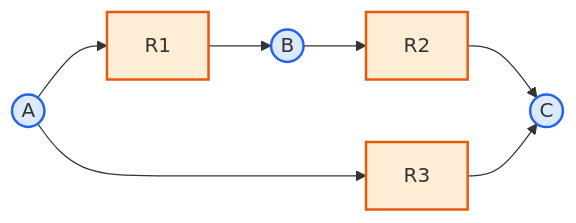
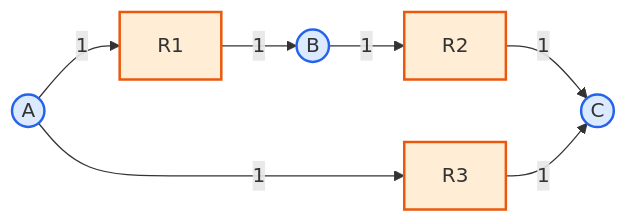
Before and after one commit to jyryu3161/ebook_metabolic_modeling: the diagram in chapter-2/03.md, drawn with Mermaid. The commit also changed other lines of this file and 92 other files, not shown here.

````diff
--- a/chapter-2/03.md
+++ b/chapter-2/03.md
@@ -21,13 +34,13 @@
 ```mermaid
 flowchart LR
-    A((A)) --> R1[R1]
-    R1 --> B((B))
-    B --> R2[R2]
-    R2 --> C((C))
-    A --> R3[R3]
-    R3 --> C
+    A((A)) -->|"1"| R1[R1]
+    R1 -->|"1"| B((B))
+    B -->|"1"| R2[R2]
+    R2 -->|"1"| C((C))
+    A -->|"1"| R3[R3]
+    R3 -->|"1"| C
     classDef metabolite fill:#DBEAFE,stroke:#2563EB,stroke-width:2px;
     classDef reaction fill:#FFEDD5,stroke:#EA580C,stroke-width:2px;
     class A,B,C metabolite;
     class R1,R2,R3 reaction;
 ```
````
